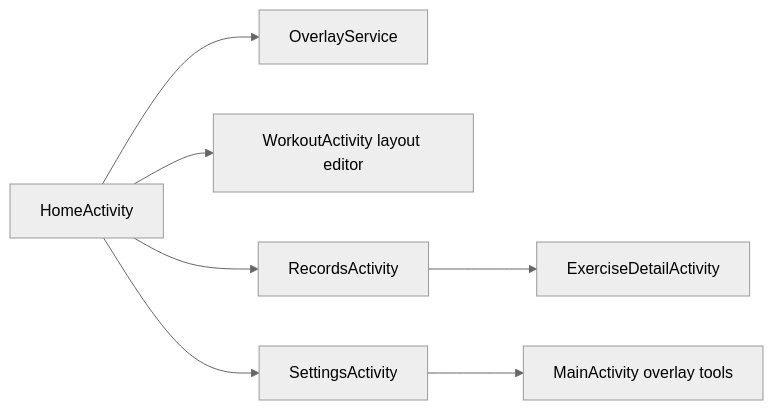
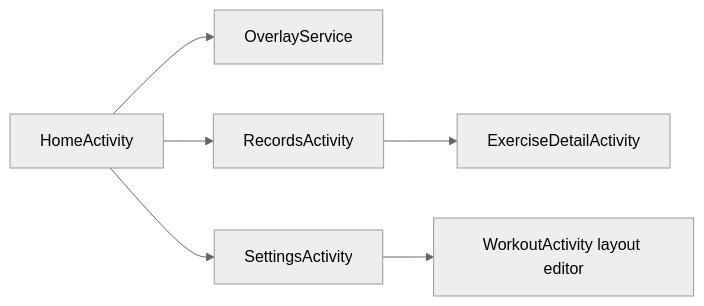
The diagram in docs/design/workout/30-app-screens.md (JaceDashS/lift-log), drawn with Mermaid (neutral theme) before and after one commit. The commit also changed other lines of this file and 51 other files, not shown here.

Commit message:
[feat] Refine workout overlay and records

````diff
--- a/docs/design/workout/30-app-screens.md
+++ b/docs/design/workout/30-app-screens.md
@@ -7,9 +7,8 @@
 ```mermaid
 flowchart LR
  Home["HomeActivity"] --> Overlay["OverlayService"]
- Home --> Layout["WorkoutActivity layout editor"]
+ Settings --> Layout["WorkoutActivity layout editor"]
  Home --> Records["RecordsActivity"]
  Home --> Settings["SettingsActivity"]
  Records --> Detail["ExerciseDetailActivity"]
- Settings --> Legacy["MainActivity overlay tools"]
 ```
````
